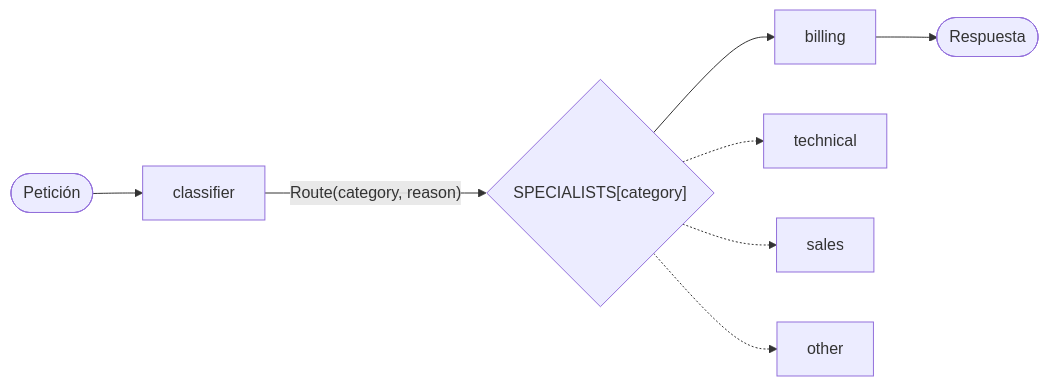
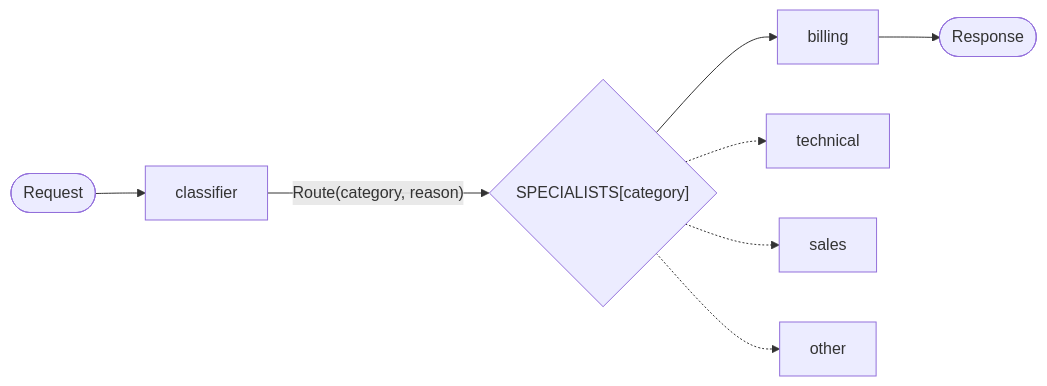
Before and after one commit to eider404/agent-architectures: the diagram in strands-agents/05-router-agent/README.md, drawn with Mermaid. The commit also changed other lines of this file and 13 other files, not shown here.

````diff
--- a/strands-agents/05-router-agent/README.md
+++ b/strands-agents/05-router-agent/README.md
@@ -13,10 +13,10 @@
 ```mermaid
 flowchart LR
-    U(["Petición"]) --> C["classifier"]
+    U(["Request"]) --> C["classifier"]
     C -->|"Route(category, reason)"| D{"SPECIALISTS[category]"}
     D --> B["billing"]
     D -.-> T["technical"]
     D -.-> S["sales"]
     D -.-> O["other"]
-    B --> R(["Respuesta"])
+    B --> R(["Response"])
 ```
````
